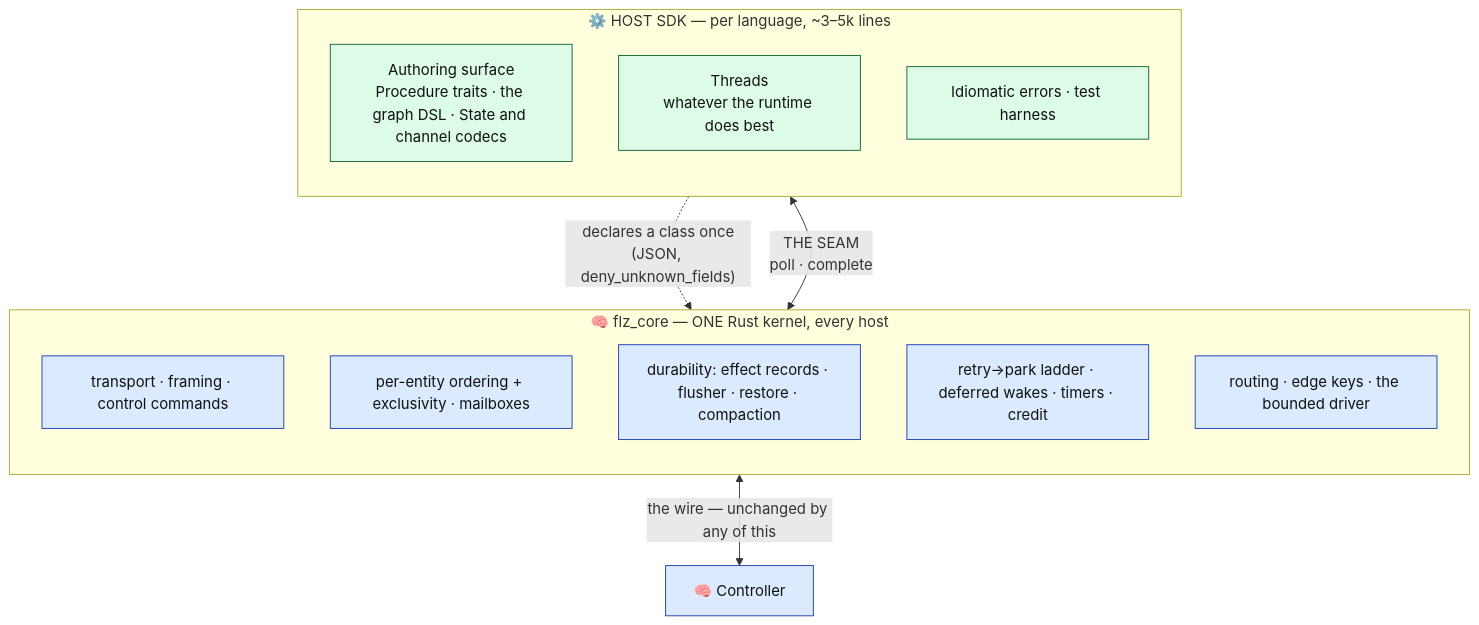
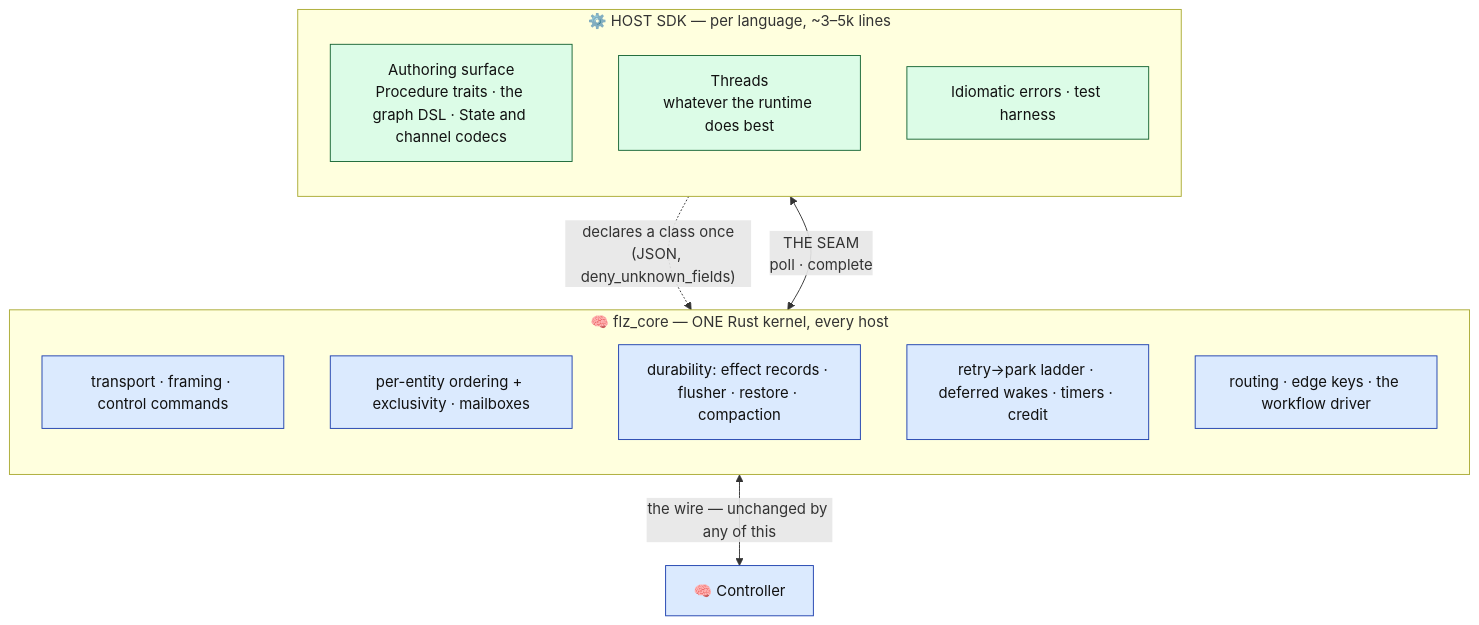
The first of 8 diagrams in docs/architecture/runner.md (Flezha/flezha), drawn with Mermaid before and after one commit. The commit also changed other lines of this file and 431 other files, not shown here.

````diff
--- a/docs/architecture/runner.md
+++ b/docs/architecture/runner.md
@@ -22,27 +22,27 @@
 ```mermaid
 flowchart TB
     subgraph HOST["⚙️ HOST SDK — per language, ~3–5k lines"]
         direction TB
         AUTH["Authoring surface<br/>Procedure traits · the graph DSL · State and channel codecs"]:::exec
         THREADS["Threads<br/>whatever the runtime does best"]:::exec
         TEST["Idiomatic errors · test harness"]:::exec
     end
 
     subgraph CORE["🧠 flz_core — ONE Rust kernel, every host"]
         direction TB
         C1["transport · framing · control commands"]:::ctrl
         C2["per-entity ordering + exclusivity · mailboxes"]:::ctrl
         C3["durability: effect records · flusher · restore · compaction"]:::ctrl
         C4["retry→park ladder · deferred wakes · timers · credit"]:::ctrl
-        C5["routing · edge keys · the bounded driver"]:::ctrl
+        C5["routing · edge keys · the workflow driver"]:::ctrl
     end
 
     CTRL["🧠 Controller"]:::ctrl
 
     AUTH -.->|"declares a class once<br/>(JSON, deny_unknown_fields)"| CORE
     THREADS <-->|"THE SEAM<br/>poll · complete"| CORE
     CORE <-->|"the wire — unchanged by any of this"| CTRL
 
     classDef ctrl fill:#dbeafe,stroke:#1e40af,color:#111
     classDef exec fill:#dcfce7,stroke:#166534,color:#111
 ```
````
